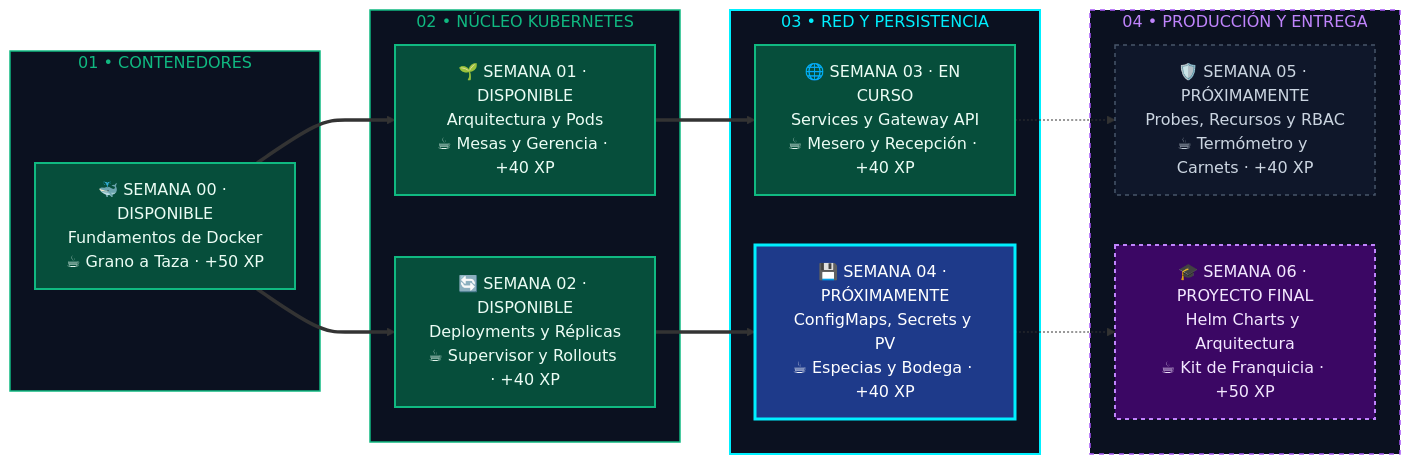
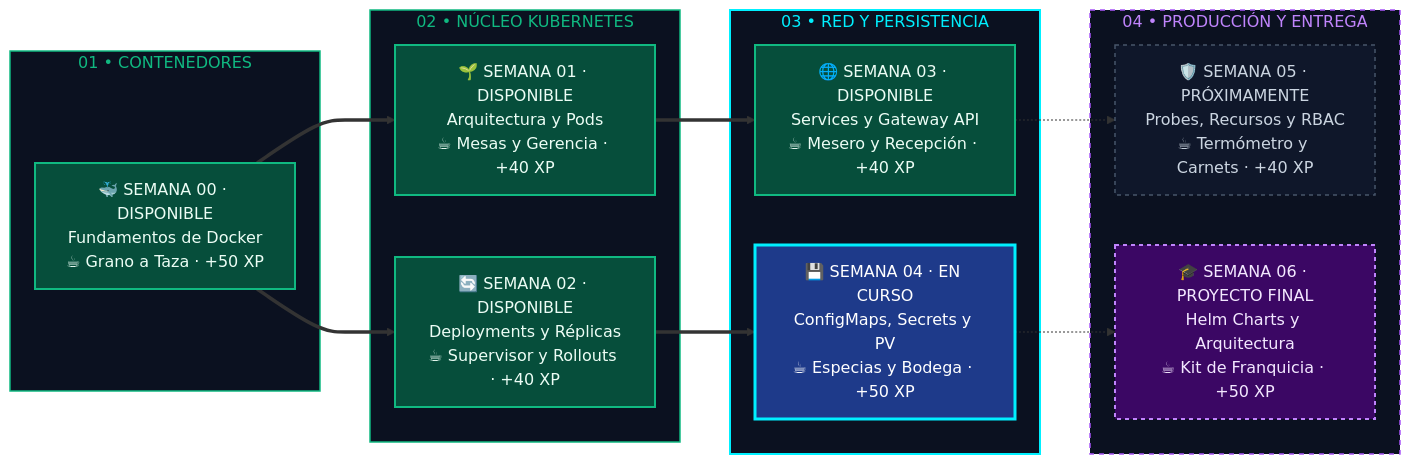
One commit to Arlex0296/Fundamentos-Kubernetes changed the diagram in README.md. Above: the diagram before and after it, drawn with Mermaid. The commit also changed other lines of this file and 3 other files, not shown here.

Commit message:
test(ci): add validator smoke tests, fix validator bugs and sync Semana 04 roadmap

````diff
--- a/README.md
+++ b/README.md
@@ -331,49 +331,49 @@
 ```mermaid
 flowchart LR
     subgraph F1["01 • CONTENEDORES"]
         S0["🐳 SEMANA 00 · DISPONIBLE\nFundamentos de Docker\n☕ Grano a Taza · +50 XP"]
     end
 
     subgraph F2["02 • NÚCLEO KUBERNETES"]
         S1["🌱 SEMANA 01 · DISPONIBLE\nArquitectura y Pods\n☕ Mesas y Gerencia · +40 XP"]
         S2["🔄 SEMANA 02 · DISPONIBLE\nDeployments y Réplicas\n☕ Supervisor y Rollouts · +40 XP"]
     end
 
     subgraph F3["03 • RED Y PERSISTENCIA"]
-        S3["🌐 SEMANA 03 · EN CURSO\nServices y Gateway API\n☕ Mesero y Recepción · +40 XP"]
-        S4["💾 SEMANA 04 · PRÓXIMAMENTE\nConfigMaps, Secrets y PV\n☕ Especias y Bodega · +40 XP"]
+        S3["🌐 SEMANA 03 · DISPONIBLE\nServices y Gateway API\n☕ Mesero y Recepción · +40 XP"]
+        S4["💾 SEMANA 04 · EN CURSO\nConfigMaps, Secrets y PV\n☕ Especias y Bodega · +50 XP"]
     end
 
     subgraph F4["04 • PRODUCCIÓN Y ENTREGA"]
         S5["🛡️ SEMANA 05 · PRÓXIMAMENTE\nProbes, Recursos y RBAC\n☕ Termómetro y Carnets · +40 XP"]
         S6["🎓 SEMANA 06 · PROYECTO FINAL\nHelm Charts y Arquitectura\n☕ Kit de Franquicia · +50 XP"]
     end
 
     S0 ==> S1
     S0 ==> S2
     S1 ==> S3
     S2 ==> S4
     S3 -.-> S5
     S4 -.-> S6
 
     click S0 "https://github.com/edwinbermudez91/Fundamentos-Kubernetes/tree/main/semana-00-fundamentos-docker" "Ir a Semana 00: Fundamentos de Docker"
     click S1 "https://github.com/edwinbermudez91/Fundamentos-Kubernetes/tree/main/semana-01-arquitectura" "Ir a Semana 01: Arquitectura y Pods"
     click S2 "https://github.com/edwinbermudez91/Fundamentos-Kubernetes/tree/main/semana-02-deployments" "Ir a Semana 02: Deployments y Réplicas"
     click S3 "https://github.com/edwinbermudez91/Fundamentos-Kubernetes/tree/main/semana-03-services-gateway" "Ir a Semana 03: Services y Gateway API"
     click S4 "https://github.com/edwinbermudez91/Fundamentos-Kubernetes/tree/main/semana-04-configuracion-almacenamiento" "Ir a Semana 04: Configuración y Almacenamiento"
 
     classDef done fill:#064E3B,stroke:#10B981,stroke-width:2px,color:#ECFDF5;
     classDef active fill:#1E3A8A,stroke:#00F0FF,stroke-width:3px,color:#FFFFFF;
     classDef next fill:#0F172A,stroke:#475569,stroke-width:1.5px,stroke-dasharray: 4 4,color:#CBD5E1;
     classDef final fill:#3B0764,stroke:#C084FC,stroke-width:2px,stroke-dasharray: 4 4,color:#F3E8FF;
 
     class S0,S1,S2,S3 done;
     class S4 active;
     class S5 next;
     class S6 final;
 
     style F1 fill:#0B1120,stroke:#10B981,stroke-width:1.5px,color:#10B981
     style F2 fill:#0B1120,stroke:#10B981,stroke-width:1.5px,color:#10B981
     style F3 fill:#0B1120,stroke:#00F0FF,stroke-width:2px,color:#00F0FF
     style F4 fill:#0B1120,stroke:#A855F7,stroke-width:1.5px,stroke-dasharray: 5 5,color:#C084FC
 ```
````
